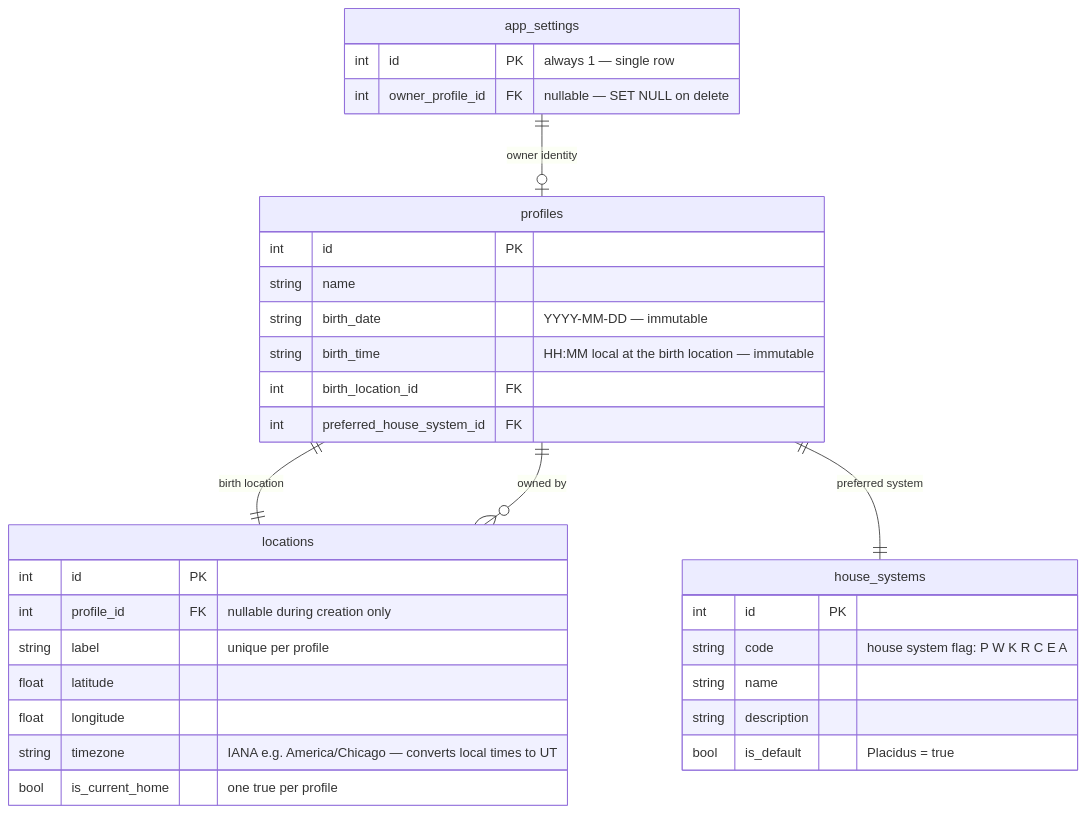
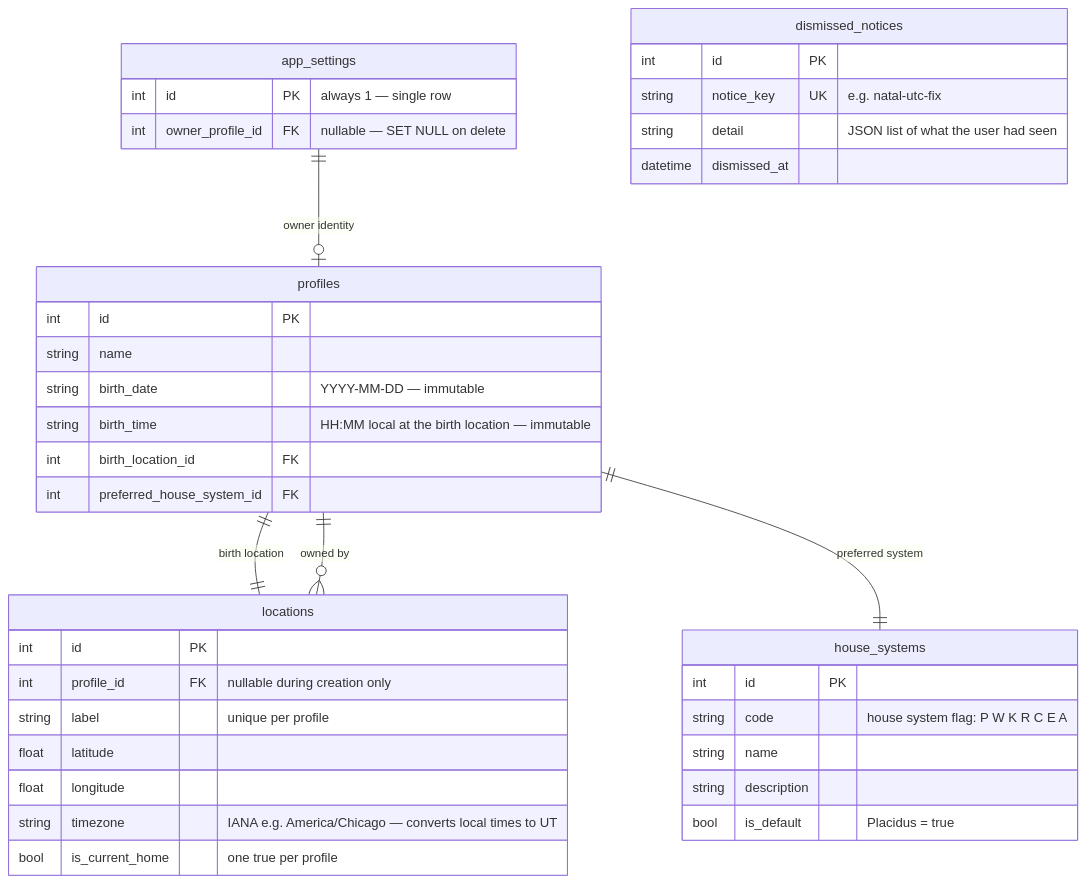
Before and after one commit to w8s/w8s-astro-mcp: the second of 6 diagrams in docs/DATABASE_SCHEMA.md, drawn with Mermaid. The commit also changed other lines of this file and 19 other files, not shown here.

````diff
--- a/docs/DATABASE_SCHEMA.md
+++ b/docs/DATABASE_SCHEMA.md
@@ -205,36 +211,42 @@
 ```mermaid
 erDiagram
     app_settings {
         int id PK "always 1 — single row"
         int owner_profile_id FK "nullable — SET NULL on delete"
+    }
+    dismissed_notices {
+        int id PK
+        string notice_key UK "e.g. natal-utc-fix"
+        string detail "JSON list of what the user had seen"
+        datetime dismissed_at
     }
     house_systems {
         int id PK
         string code "house system flag: P W K R C E A"
         string name
         string description
         bool is_default "Placidus = true"
     }
     locations {
         int id PK
         int profile_id FK "nullable during creation only"
         string label "unique per profile"
         float latitude
         float longitude
         string timezone "IANA e.g. America/Chicago — converts local times to UT"
         bool is_current_home "one true per profile"
     }
     profiles {
         int id PK
         string name
         string birth_date "YYYY-MM-DD — immutable"
         string birth_time "HH:MM local at the birth location — immutable"
         int birth_location_id FK
         int preferred_house_system_id FK
     }
 
     app_settings ||--o| profiles : "owner identity"
     profiles ||--|| locations : "birth location"
     profiles ||--|| house_systems : "preferred system"
     locations }o--|| profiles : "owned by"
 ```
````
